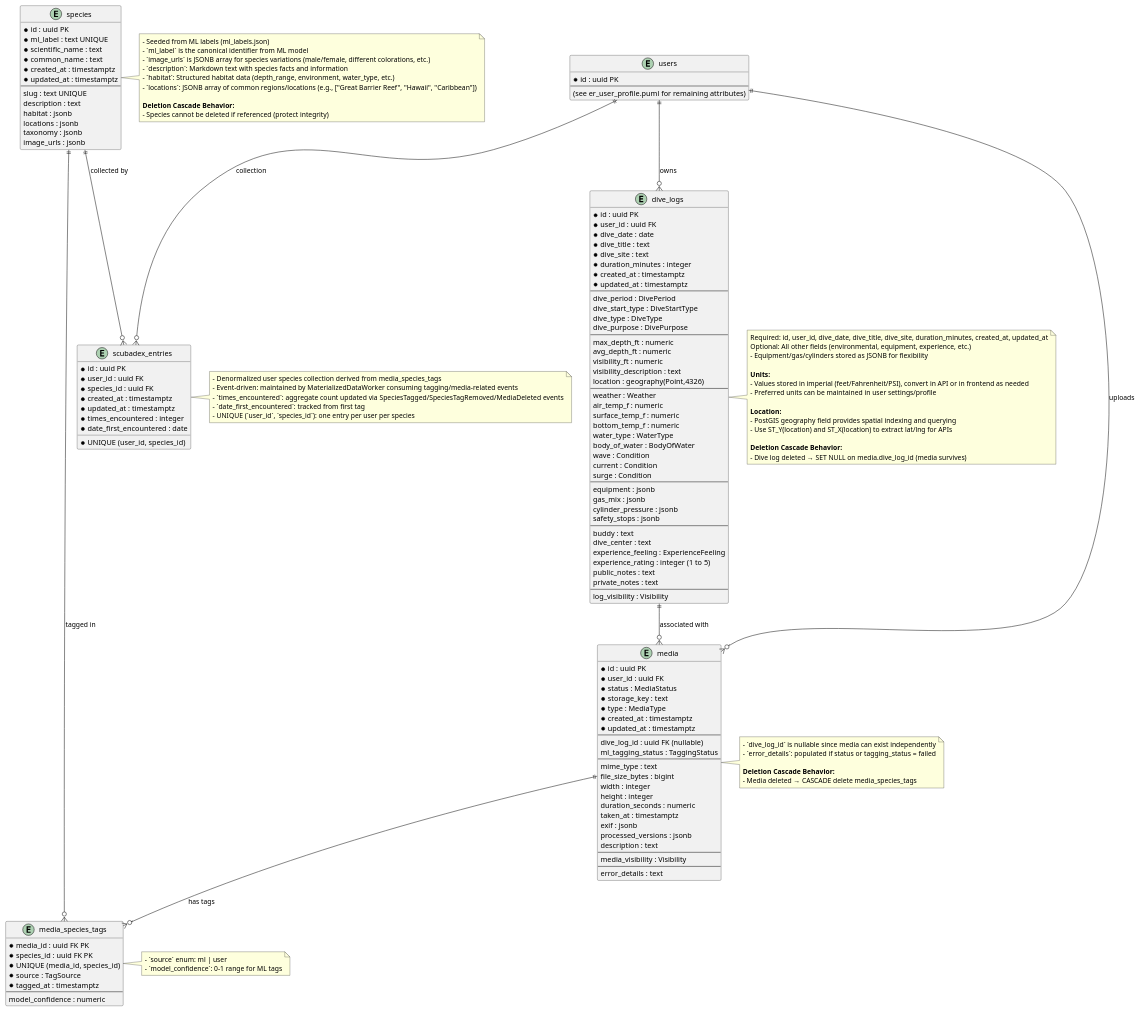
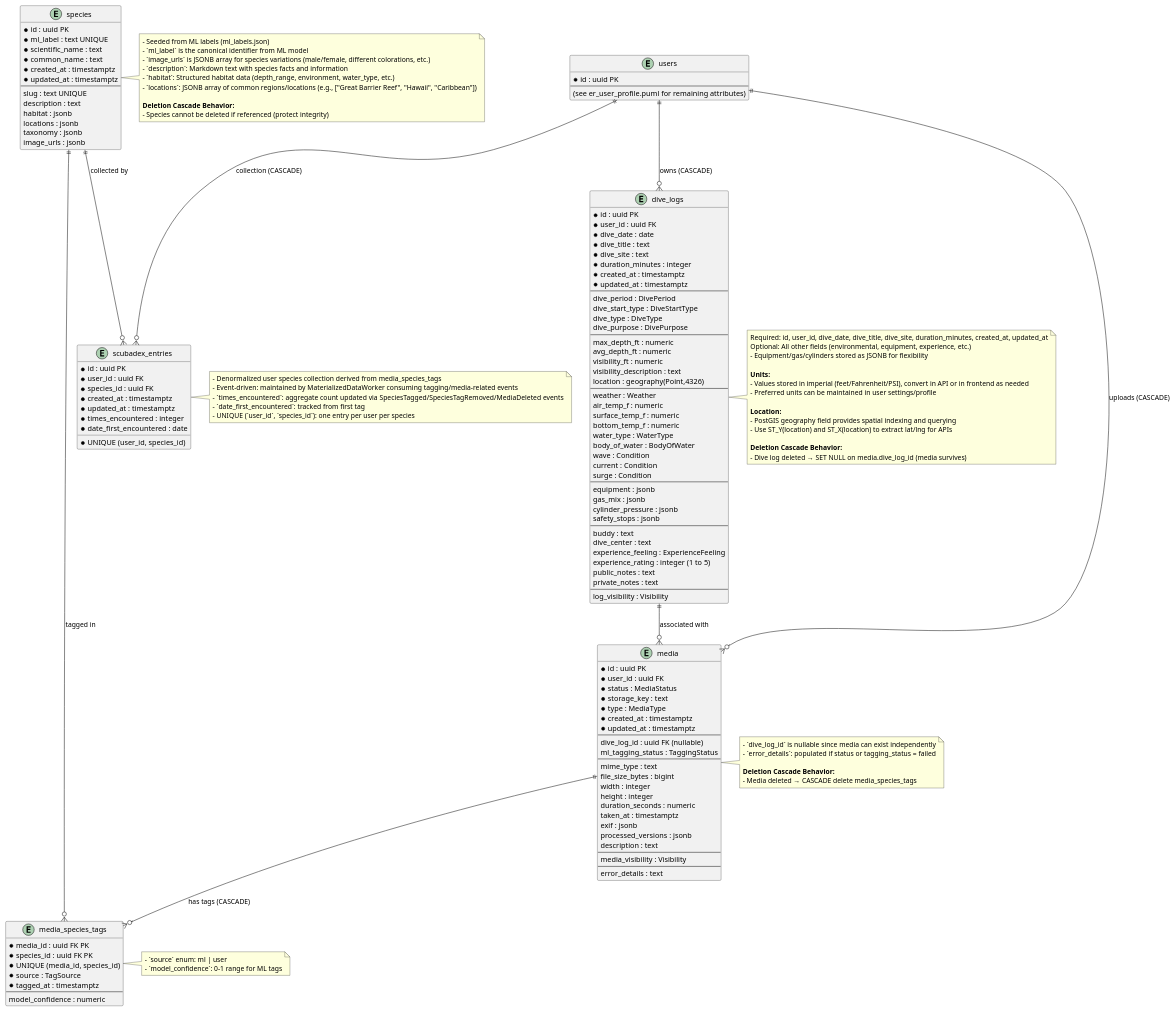
The diagram in designs/db_schema/er_core_data.puml (MikeF0007/reef-connect), drawn with PlantUML before and after one commit. The commit also changed 26 other files, not shown here.

```diff
--- a/designs/db_schema/er_core_data.puml
+++ b/designs/db_schema/er_core_data.puml
@@ -1,190 +1,190 @@
 @startuml
 ' Core Data ER diagram: dive_logs, media, species, tags
 
 entity "users" as users {
   * id : uuid PK
   --
   (see er_user_profile.puml for remaining attributes)
 }
 
 entity "dive_logs" as dive_logs {
   * id : uuid PK
   * user_id : uuid FK
   * dive_date : date
   * dive_title : text
   * dive_site : text
   * duration_minutes : integer
   * created_at : timestamptz
   * updated_at : timestamptz
   --
   ' Dive Basics
   dive_period : DivePeriod
   dive_start_type : DiveStartType
   dive_type : DiveType
   dive_purpose : DivePurpose
   --
   ' Measurements
   max_depth_ft : numeric
   avg_depth_ft : numeric
   visibility_ft : numeric
   visibility_description : text
   location : geography(Point,4326)
   --
   ' Environmental
   weather : Weather
   air_temp_f : numeric
   surface_temp_f : numeric
   bottom_temp_f : numeric
   water_type : WaterType
   body_of_water : BodyOfWater
   wave : Condition
   current : Condition
   surge : Condition
   --
   ' Equipment
   equipment : jsonb
   gas_mix : jsonb
   cylinder_pressure : jsonb
   safety_stops : jsonb
   --
   ' People/Experience
   buddy : text
   dive_center : text
   experience_feeling : ExperienceFeeling
   experience_rating : integer (1 to 5)
   public_notes : text
   private_notes : text
   --
   ' Visibility
   log_visibility : Visibility
 }
 
 entity "media" as media {
   * id : uuid PK
   * user_id : uuid FK
   * status : MediaStatus
   * storage_key : text
   * type : MediaType
   * created_at : timestamptz
   * updated_at : timestamptz
   --
   ' Associations
   dive_log_id : uuid FK (nullable)
   ml_tagging_status : TaggingStatus
   --
   ' Media Details
   mime_type : text
   file_size_bytes : bigint
   width : integer
   height : integer
   duration_seconds : numeric
   taken_at : timestamptz
   exif : jsonb
   processed_versions : jsonb
   description : text
   --
   ' Visibility
   media_visibility : Visibility
   --
   ' Meta
   error_details : text
 }
 
 entity "species" as species {
   * id : uuid PK
   * ml_label : text UNIQUE
   * scientific_name : text
   * common_name : text
   * created_at : timestamptz
   * updated_at : timestamptz
   --
   ' Species Details
   slug : text UNIQUE
   description : text
   habitat : jsonb
   locations : jsonb
   taxonomy : jsonb
   image_urls : jsonb
 }
 
 entity "media_species_tags" as tags {
   * media_id : uuid FK PK
   * species_id : uuid FK PK
   * UNIQUE (media_id, species_id)
   * source : TagSource
   * tagged_at : timestamptz
   --
   model_confidence : numeric
 }
 
 entity "scubadex_entries" as scubadex {
   * id : uuid PK
   * user_id : uuid FK
   * species_id : uuid FK
   * UNIQUE (user_id, species_id)
   * created_at : timestamptz
   * updated_at : timestamptz
   * times_encountered : integer
   * date_first_encountered : date
 }
 
 ' Relationships
-users ||--o{ dive_logs : "owns"
-users ||--o{ media : "uploads"
+users ||--o{ dive_logs : "owns (CASCADE)"
+users ||--o{ media : "uploads (CASCADE)"
 dive_logs ||--o{ media : "associated with"
-media ||--o{ tags : "has tags"
+media ||--o{ tags : "has tags (CASCADE)"
 species ||--o{ tags : "tagged in"
-users ||--o{ scubadex : "collection"
+users ||--o{ scubadex : "collection (CASCADE)"
 species ||--o{ scubadex : "collected by"
 
 note right of dive_logs
   Required: id, user_id, dive_date, dive_title, dive_site, duration_minutes, created_at, updated_at
   Optional: All other fields (environmental, equipment, experience, etc.)
   - Equipment/gas/cylinders stored as JSONB for flexibility
 
   **Units:**
   - Values stored in imperial (feet/Fahrenheit/PSI), convert in API or in frontend as needed
   - Preferred units can be maintained in user settings/profile
 
   **Location:**
   - PostGIS geography field provides spatial indexing and querying
   - Use ST_Y(location) and ST_X(location) to extract lat/lng for APIs
 
   **Deletion Cascade Behavior:**
   - Dive log deleted → SET NULL on media.dive_log_id (media survives)
 end note
 
 note right of media
   - `dive_log_id` is nullable since media can exist independently
   - `error_details`: populated if status or tagging_status = failed
 
   **Deletion Cascade Behavior:**
   - Media deleted → CASCADE delete media_species_tags
 end note
 
 note right of species
   - Seeded from ML labels (ml_labels.json)
   - `ml_label` is the canonical identifier from ML model
   - `image_urls` is JSONB array for species variations (male/female, different colorations, etc.)
   - `description`: Markdown text with species facts and information
   - `habitat`: Structured habitat data (depth_range, environment, water_type, etc.)
   - `locations`: JSONB array of common regions/locations (e.g., ["Great Barrier Reef", "Hawaii", "Caribbean"])
 
   **Deletion Cascade Behavior:**
   - Species cannot be deleted if referenced (protect integrity)
 end note
 
 note right of tags
   - `source` enum: ml | user
   - `model_confidence`: 0-1 range for ML tags
 end note
 
 note right of scubadex
   - Denormalized user species collection derived from media_species_tags
   - Event-driven: maintained by MaterializedDataWorker consuming tagging/media-related events
   - `times_encountered`: aggregate count updated via SpeciesTagged/SpeciesTagRemoved/MediaDeleted events
   - `date_first_encountered`: tracked from first tag
   - UNIQUE (`user_id`, `species_id`): one entry per user per species
 end note
 
 @enduml
```
